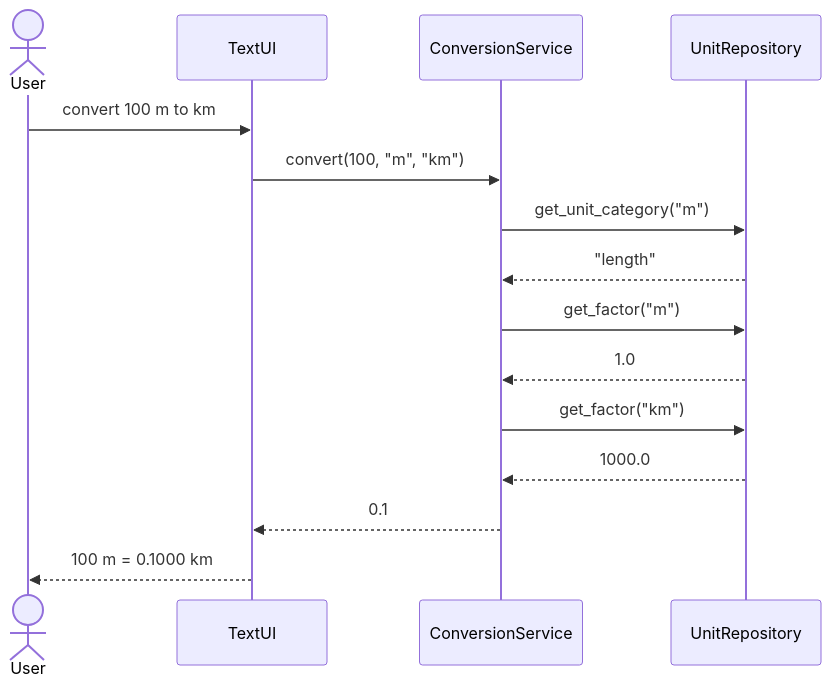
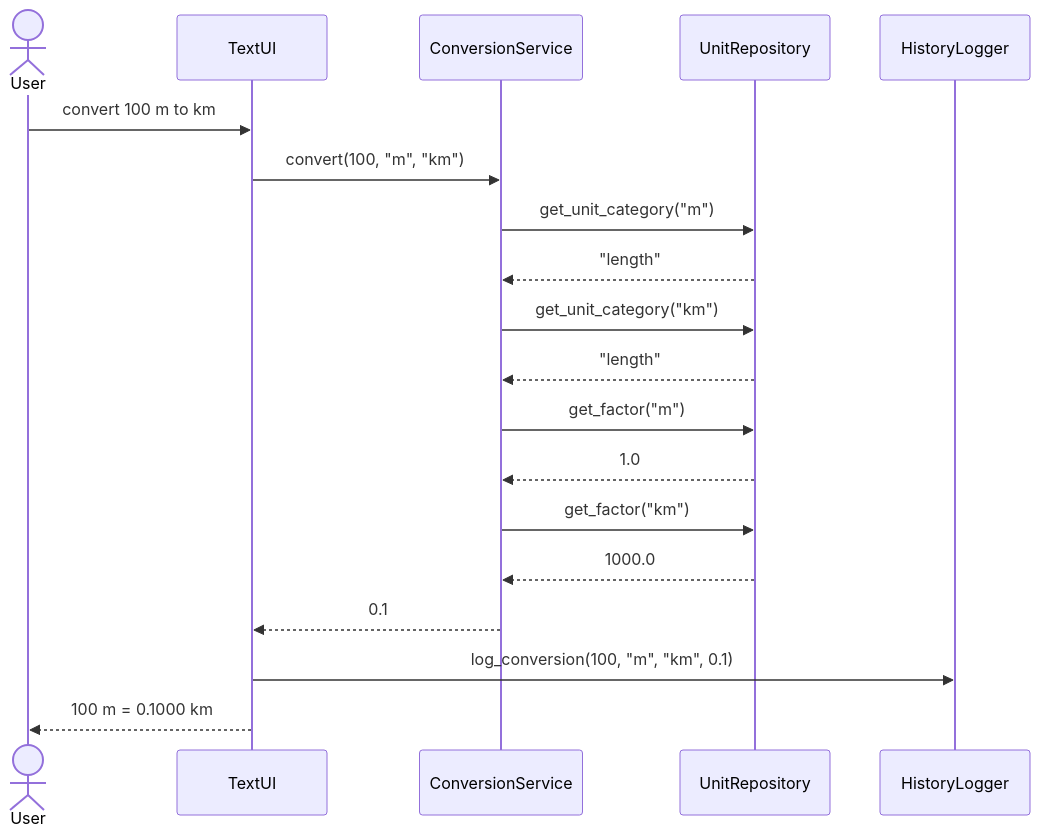
The second of 3 diagrams in dokumentaatio/arkkitehtuuri.md (4smo/ot-harjoitustyo), drawn with Mermaid before and after one commit. The commit also changed other lines of this file and 9 other files, not shown here.

````diff
--- a/dokumentaatio/arkkitehtuuri.md
+++ b/dokumentaatio/arkkitehtuuri.md
@@ -18,14 +120,22 @@
 ```mermaid
 sequenceDiagram
     actor User
+    participant TextUI
+    participant ConversionService
+    participant UnitRepository
+    participant HistoryLogger
+
     User->>TextUI: convert 100 m to km
     TextUI->>ConversionService: convert(100, "m", "km")
     ConversionService->>UnitRepository: get_unit_category("m")
+    UnitRepository-->>ConversionService: "length"
+    ConversionService->>UnitRepository: get_unit_category("km")
     UnitRepository-->>ConversionService: "length"
     ConversionService->>UnitRepository: get_factor("m")
     UnitRepository-->>ConversionService: 1.0
     ConversionService->>UnitRepository: get_factor("km")
     UnitRepository-->>ConversionService: 1000.0
     ConversionService-->>TextUI: 0.1
+    TextUI->>HistoryLogger: log_conversion(100, "m", "km", 0.1)
     TextUI-->>User: 100 m = 0.1000 km
 ```
````
